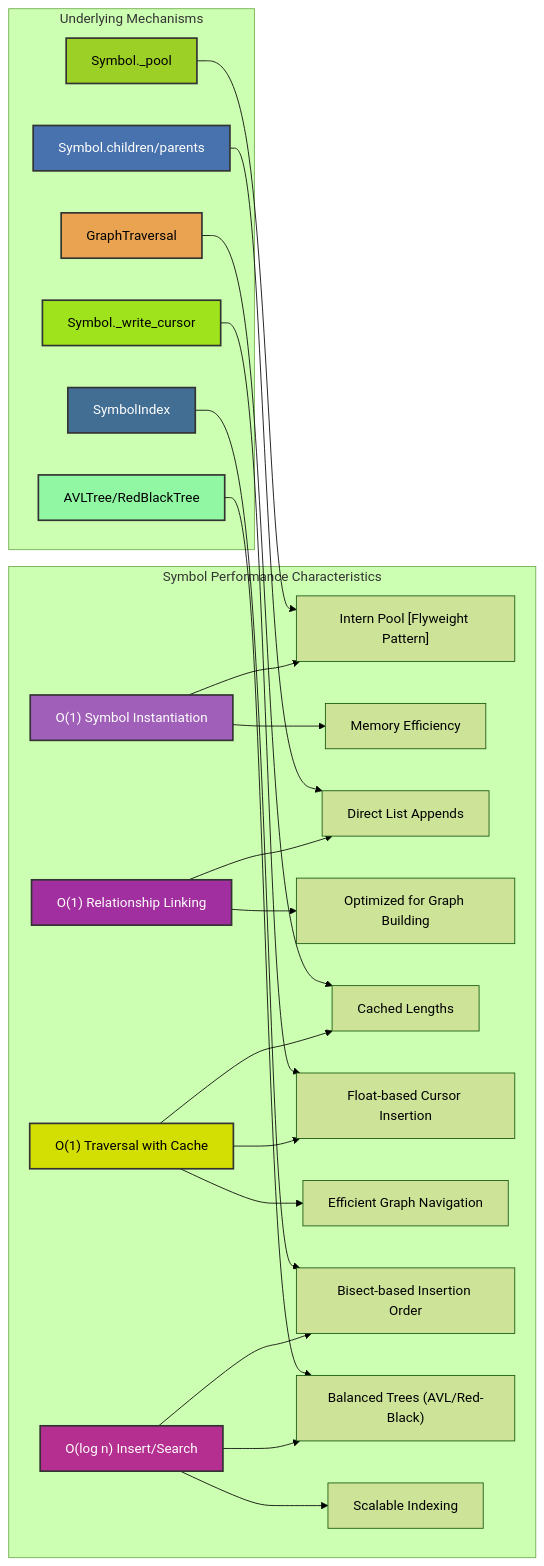
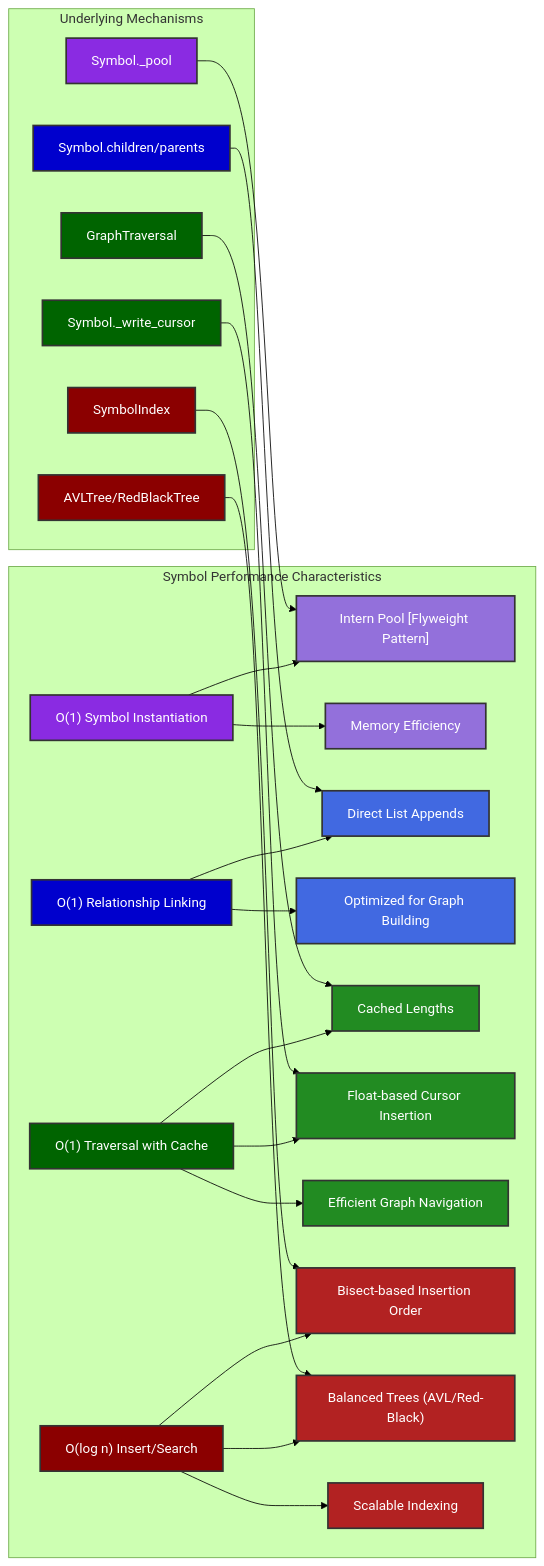
The diagram in docs/readme_details/9_performance/performance_overview.mmd (ikko/sym), drawn with Mermaid (forest theme) before and after one commit. The commit also changed 28 other files, not shown here.

```diff
--- a/docs/readme_details/9_performance/performance_overview.mmd
+++ b/docs/readme_details/9_performance/performance_overview.mmd
@@ -1,37 +1,55 @@
 graph LR
     subgraph "Symbol Performance Characteristics"
         A["O(1) Symbol Instantiation"] --> B["Intern Pool [Flyweight Pattern]"];
         A --> C["Memory Efficiency"];
 
         D["O(1) Relationship Linking"] --> E["Direct List Appends"];
         D --> F["Optimized for Graph Building"];
 
         G["O(1) Traversal with Cache"] --> H["Cached Lengths"];
         G --> I["Float-based Cursor Insertion"];
         G --> J["Efficient Graph Navigation"];
 
         K["O(log n) Insert/Search"] --> L["Bisect-based Insertion Order"];
         K --> M["Balanced Trees (AVL/Red-Black)"];
         K --> N["Scalable Indexing"];
     end
 
     subgraph "Underlying Mechanisms"
         O["Symbol._pool"] --> B;
         P["Symbol.children/parents"] --> E;
         Q["GraphTraversal"] --> H;
         R["Symbol._write_cursor"] --> I;
         S["SymbolIndex"] --> L;
         T["AVLTree/RedBlackTree"] --> M;
     end
-    style T fill:#91f7a3,stroke:#333,stroke-width:2px,color:#000000;
 
-    style A fill:#a05fb8,stroke:#333,stroke-width:2px,color:#FFFFFF;
-    style D fill:#a22f9f,stroke:#333,stroke-width:2px,color:#FFFFFF;
-    style G fill:#d3de02,stroke:#333,stroke-width:2px,color:#000000;
-    style K fill:#b42f90,stroke:#333,stroke-width:2px,color:#FFFFFF;
-    style O fill:#9dd027,stroke:#333,stroke-width:2px,color:#000000;
-    style P fill:#4872ad,stroke:#333,stroke-width:2px,color:#FFFFFF;
-    style Q fill:#eaa451,stroke:#333,stroke-width:2px,color:#000000;
-    style R fill:#9ee31b,stroke:#333,stroke-width:2px,color:#000000;
-    style S fill:#426e94,stroke:#333,stroke-width:2px,color:#FFFFFF;
-    style T fill:#91f7a3,stroke:#333,stroke-width:2px,color:#000000;
+    %% O(1) Symbol Instantiation - Purple
+    style A fill:#8A2BE2,stroke:#333,stroke-width:2px,color:#FFFFFF;
+    style B fill:#9370DB,stroke:#333,stroke-width:2px,color:#FFFFFF;
+    style C fill:#9370DB,stroke:#333,stroke-width:2px,color:#FFFFFF;
+
+    %% O(1) Relationship Linking - Blue
+    style D fill:#0000CD,stroke:#333,stroke-width:2px,color:#FFFFFF;
+    style E fill:#4169E1,stroke:#333,stroke-width:2px,color:#FFFFFF;
+    style F fill:#4169E1,stroke:#333,stroke-width:2px,color:#FFFFFF;
+
+    %% O(1) Traversal with Cache - Green
+    style G fill:#006400,stroke:#333,stroke-width:2px,color:#FFFFFF;
+    style H fill:#228B22,stroke:#333,stroke-width:2px,color:#FFFFFF;
+    style I fill:#228B22,stroke:#333,stroke-width:2px,color:#FFFFFF;
+    style J fill:#228B22,stroke:#333,stroke-width:2px,color:#FFFFFF;
+
+    %% O(log n) Insert/Search - Red
+    style K fill:#8B0000,stroke:#333,stroke-width:2px,color:#FFFFFF;
+    style L fill:#B22222,stroke:#333,stroke-width:2px,color:#FFFFFF;
+    style M fill:#B22222,stroke:#333,stroke-width:2px,color:#FFFFFF;
+    style N fill:#B22222,stroke:#333,stroke-width:2px,color:#FFFFFF;
+
+    %% Underlying Mechanisms - Match colors with their corresponding features
+    style O fill:#8A2BE2,stroke:#333,stroke-width:2px,color:#FFFFFF;
+    style P fill:#0000CD,stroke:#333,stroke-width:2px,color:#FFFFFF;
+    style Q fill:#006400,stroke:#333,stroke-width:2px,color:#FFFFFF;
+    style R fill:#006400,stroke:#333,stroke-width:2px,color:#FFFFFF;
+    style S fill:#8B0000,stroke:#333,stroke-width:2px,color:#FFFFFF;
+    style T fill:#8B0000,stroke:#333,stroke-width:2px,color:#FFFFFF;
```
